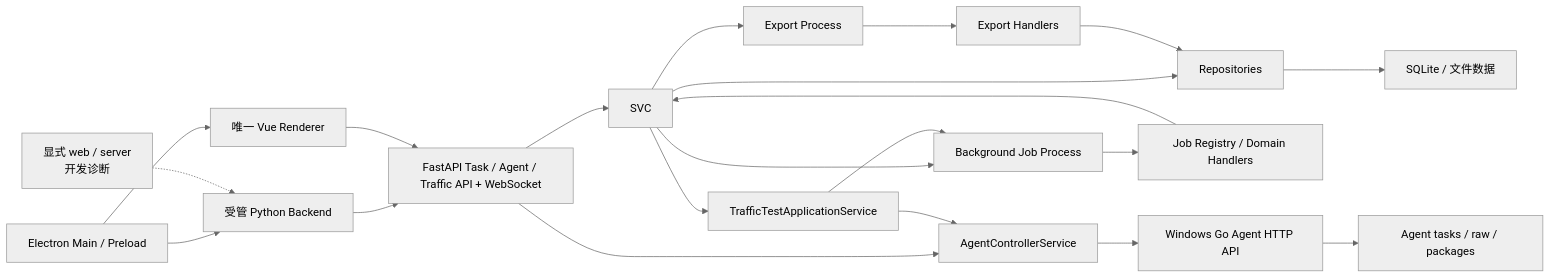
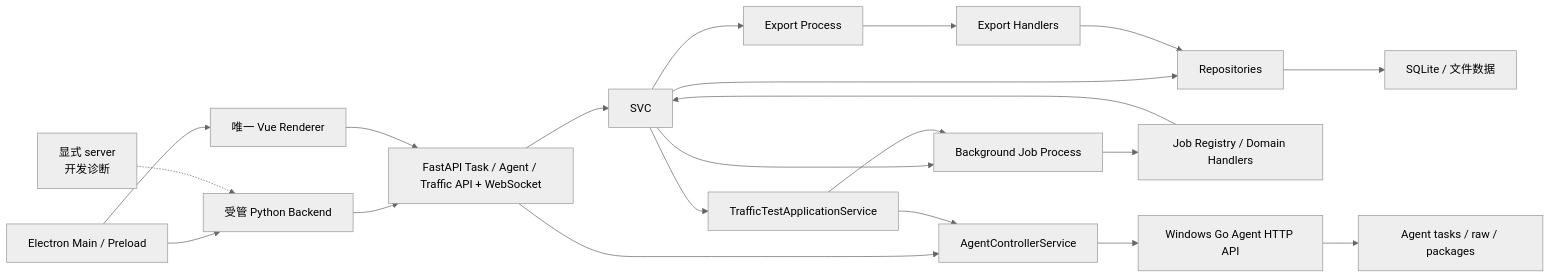
Before and after one commit to wxj183589/NetConsole: the diagram in README.md, drawn with Mermaid (neutral theme). The commit also changed 1 other file, not shown here.

Commit message:
文档：移除旧 Web launcher 诊断语义 [thread:019fecad-efbe-76f3-9774-d0efc564292b]

````diff
--- a/README.md
+++ b/README.md
@@ -69,23 +69,23 @@
 ```mermaid
 flowchart LR
     E["Electron Main / Preload"] --> CORE["受管 Python Backend"]
     E --> VUE["唯一 Vue Renderer"]
-    DEV["显式 web / server\n开发诊断"] -.-> CORE
+    DEV["显式 server\n开发诊断"] -.-> CORE
     CORE --> API["FastAPI Task / Agent / Traffic API + WebSocket"]
     VUE --> API
     API --> SVC
     SVC --> REPO["Repositories"]
     REPO --> DB["SQLite / 文件数据"]
     SVC --> JOB["Background Job Process"]
     SVC --> EXP["Export Process"]
     JOB --> REG["Job Registry / Domain Handlers"]
     EXP --> WRITER["Export Handlers"]
     REG --> SVC
     WRITER --> REPO
     API --> CTRL["AgentControllerService"]
     CTRL --> AGENT["Windows Go Agent HTTP API"]
     AGENT --> AGENTDATA["Agent tasks / raw / packages"]
     SVC --> TRAFFIC["TrafficTestApplicationService"]
     TRAFFIC --> JOB
     TRAFFIC --> CTRL
 ```
````
